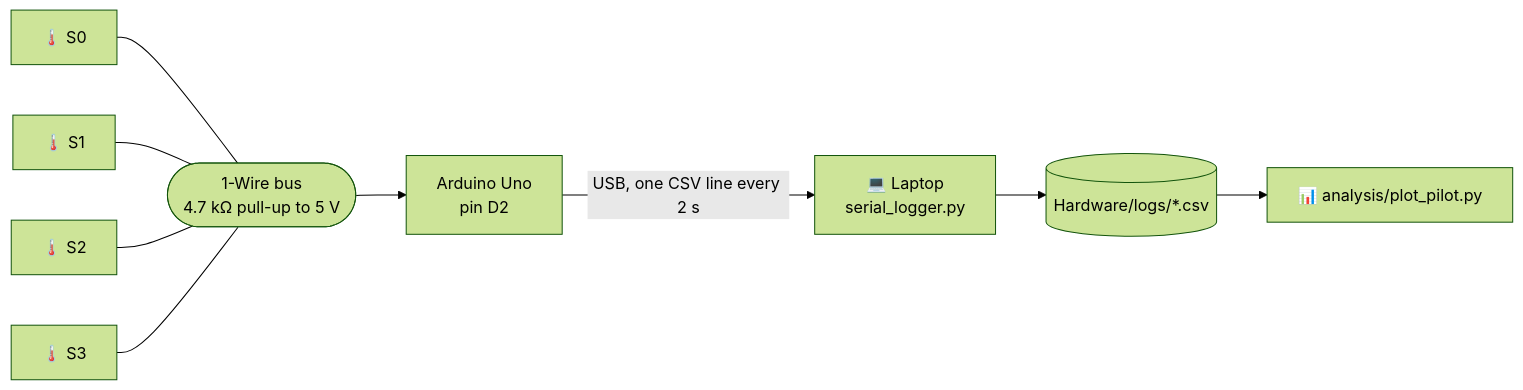
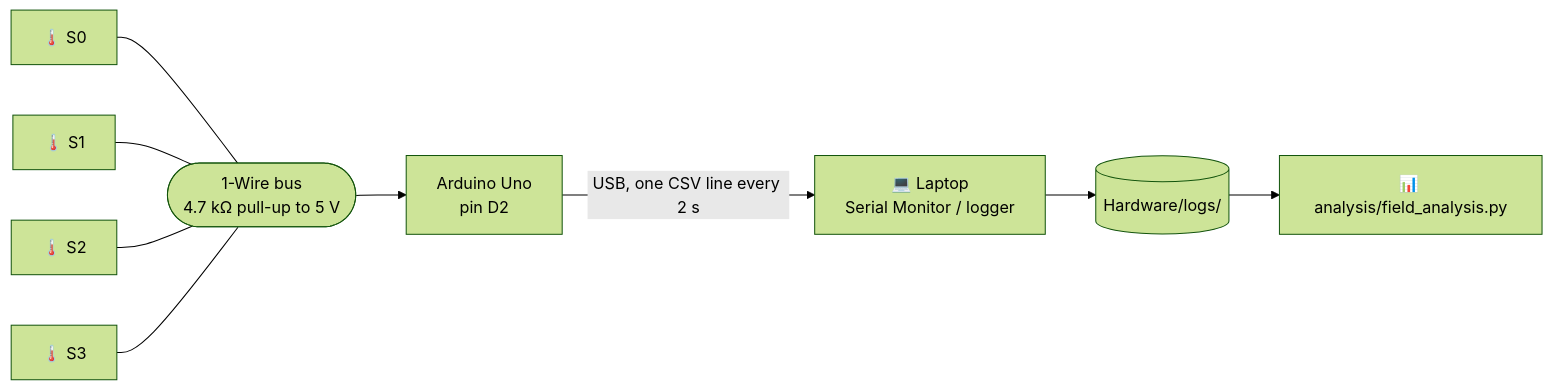
Before and after one commit to razagoat12/Field-Test: the second of 2 diagrams in README.md, drawn with Mermaid (forest theme). The commit also changed other lines of this file and 20 other files, not shown here.

````diff
--- a/README.md
+++ b/README.md
@@ -157,11 +150,11 @@
 ```mermaid
 flowchart LR
     S0["🌡️ S0"] --- BUS
     S1["🌡️ S1"] --- BUS
     S2["🌡️ S2"] --- BUS
     S3["🌡️ S3"] --- BUS
     BUS(["1-Wire bus<br/>4.7 kΩ pull-up to 5 V"]) --> U["Arduino Uno<br/>pin D2"]
-    U -- "USB, one CSV line every 2 s" --> L["💻 Laptop<br/>serial_logger.py"]
-    L --> CSV[("Hardware/logs/*.csv")]
-    CSV --> A["📊 analysis/plot_pilot.py"]
+    U -- "USB, one CSV line every 2 s" --> L["💻 Laptop<br/>Serial Monitor / logger"]
+    L --> CSV[("Hardware/logs/")]
+    CSV --> A["📊 analysis/field_analysis.py"]
 ```
````
